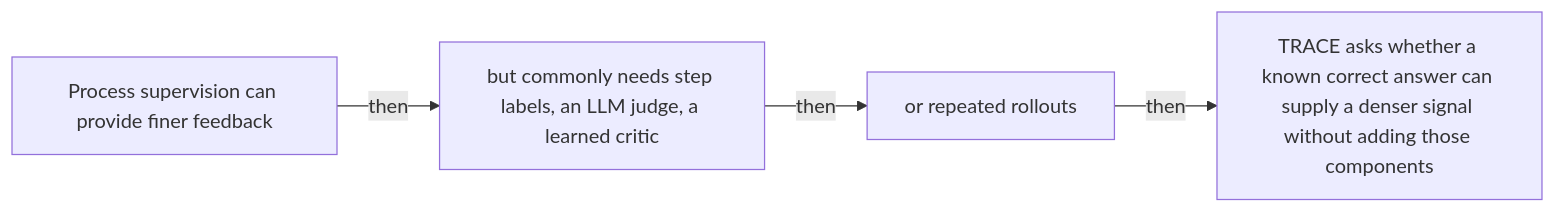
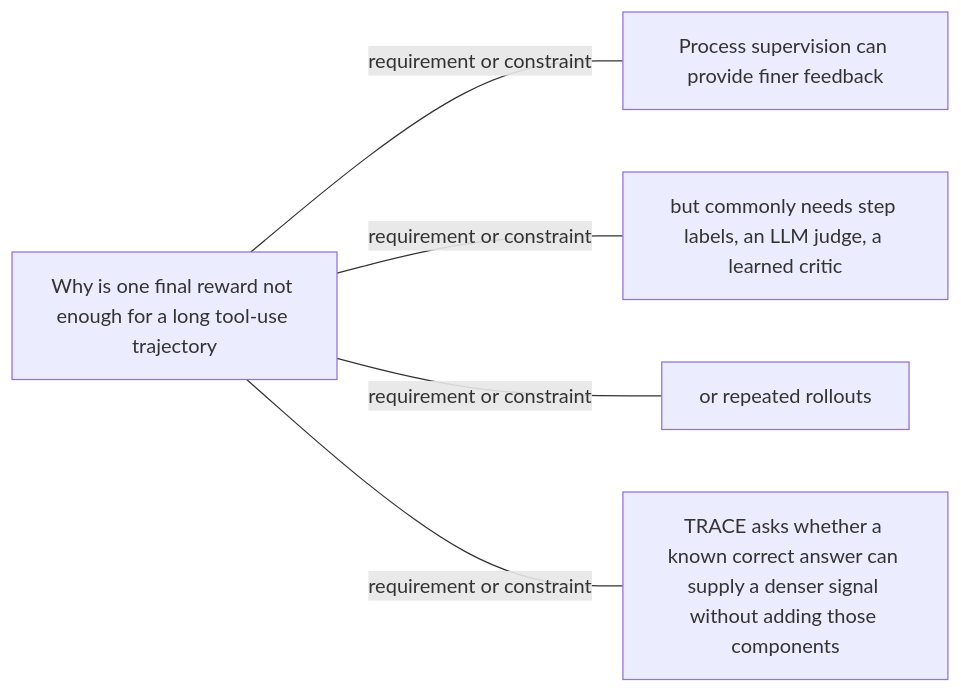
The sixth of 48 diagrams in docs/visual-manifests/VISUAL_MANIFEST_TRACE.md (Betancourt1/paper_atlas), drawn with Mermaid before and after one commit. The commit also changed other lines of this file and 7 other files, not shown here.

````diff
--- a/docs/visual-manifests/VISUAL_MANIFEST_TRACE.md
+++ b/docs/visual-manifests/VISUAL_MANIFEST_TRACE.md
@@ -437,10 +498,12 @@
 ```mermaid
 flowchart LR
-  n1["Process supervision can provide finer feedback"]
-  n2["but commonly needs step labels, an LLM judge, a learned critic"]
-  n3["or repeated rollouts"]
-  n4["TRACE asks whether a known correct answer can supply a denser signal without adding those components"]
-  n1 -->|"then"| n2
-  n2 -->|"then"| n3
-  n3 -->|"then"| n4
+  center["Why is one final reward not enough for a long tool-use trajectory"]
+  f1["Process supervision can provide finer feedback"]
+  f2["but commonly needs step labels, an LLM judge, a learned critic"]
+  f3["or repeated rollouts"]
+  f4["TRACE asks whether a known correct answer can supply a denser signal without adding those components"]
+  center ---|"requirement or constraint"| f1
+  center ---|"requirement or constraint"| f2
+  center ---|"requirement or constraint"| f3
+  center ---|"requirement or constraint"| f4
 ```
````
